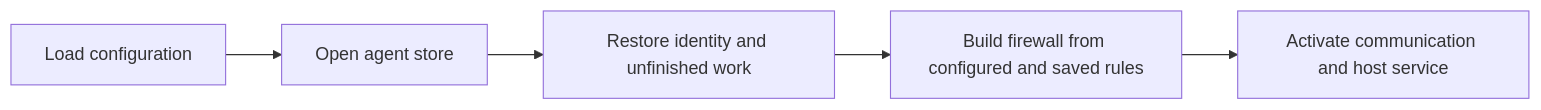
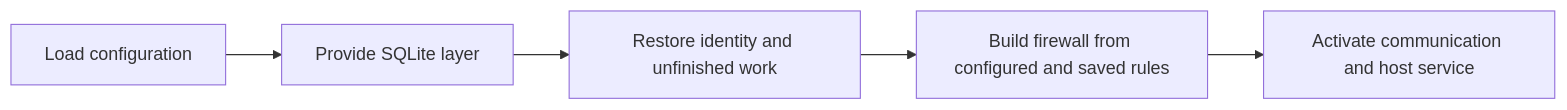
Before and after one commit to social-harness/moltzap: the first of 3 diagrams in packages/social-harness/src/daemon/README.md, drawn with Mermaid. The commit also changed other lines of this file and 1 other file, not shown here.

Commit message:
docs: define persistence through shared Effect SQL layer

````diff
--- a/packages/social-harness/src/daemon/README.md
+++ b/packages/social-harness/src/daemon/README.md
@@ -25,7 +24,7 @@
 ```mermaid
 flowchart LR
-  A[Load configuration] --> B[Open agent store]
+  A[Load configuration] --> B[Provide SQLite layer]
   B --> C[Restore identity and unfinished work]
   C --> D[Build firewall from configured and saved rules]
   D --> E[Activate communication and host service]
 ```
````
